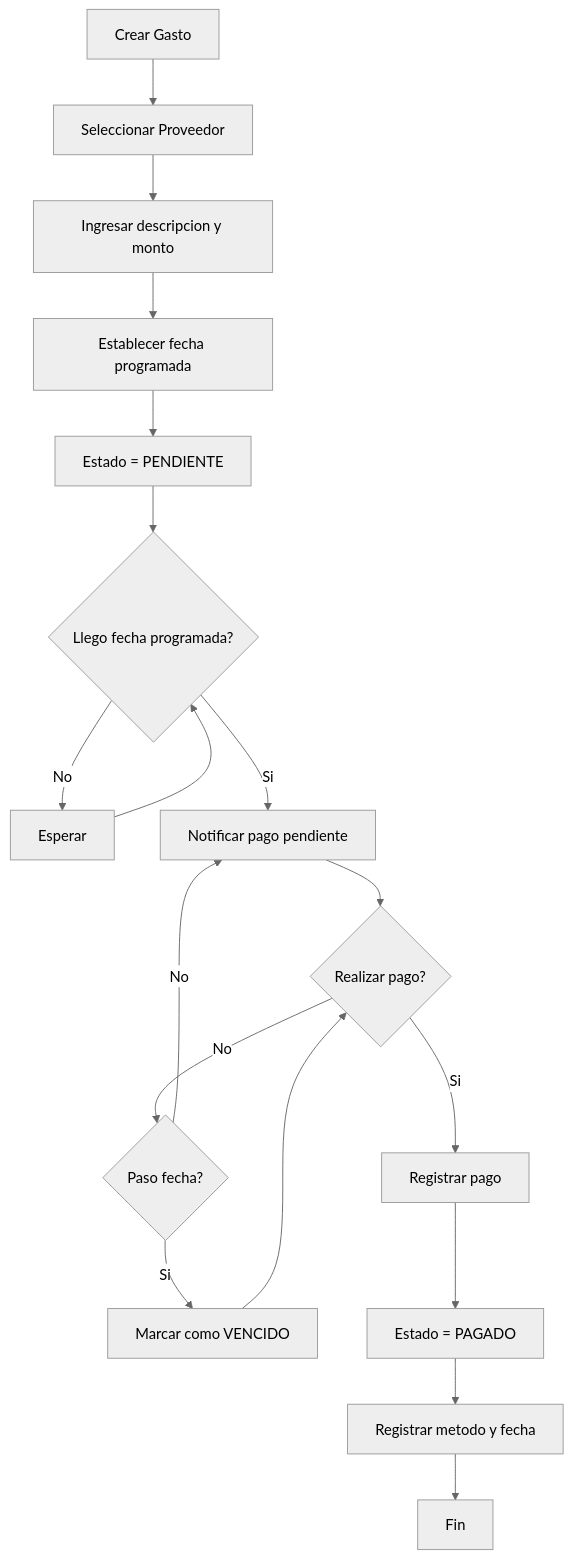
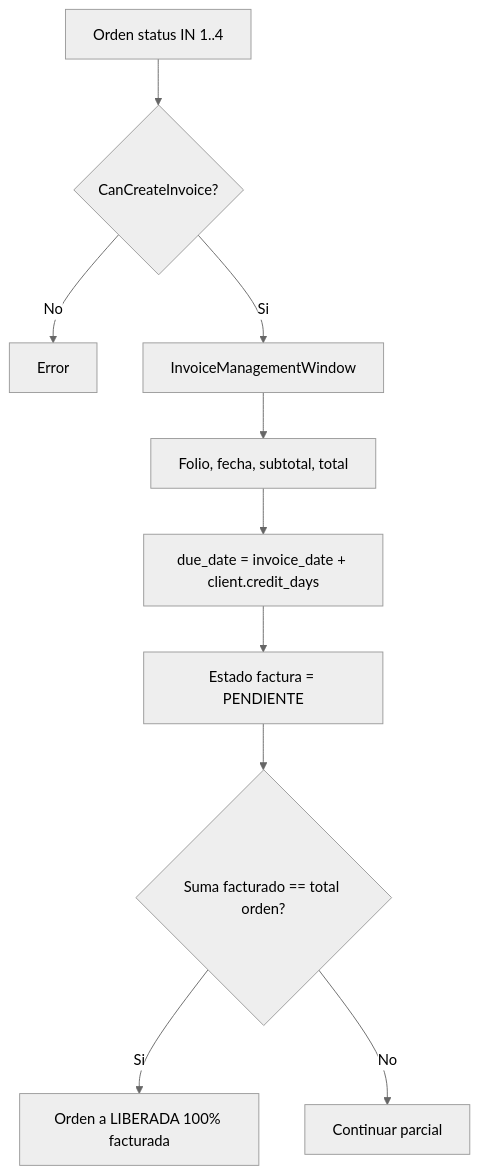
One commit to Anathema69/MX-VBA changed the third of 11 diagrams in docs/05_FLUJOS_TRABAJO.md. Above: the diagram before and after it, drawn with Mermaid (neutral theme). The commit also changed other lines of this file and 32 other files, not shown here.

````diff
--- a/docs/05_FLUJOS_TRABAJO.md
+++ b/docs/05_FLUJOS_TRABAJO.md
@@ -132,23 +50,12 @@
 ```mermaid
 flowchart TD
-    A[Crear Gasto] --> B[Seleccionar Proveedor]
-    B --> C[Ingresar descripcion y monto]
-    C --> D[Establecer fecha programada]
-    D --> E[Estado = PENDIENTE]
-
-    E --> F{Llego fecha programada?}
-    F -->|No| G[Esperar]
-    G --> F
-    F -->|Si| H[Notificar pago pendiente]
-
-    H --> I{Realizar pago?}
-    I -->|No| J{Paso fecha?}
-    J -->|Si| K[Marcar como VENCIDO]
-    K --> I
-    J -->|No| H
-
-    I -->|Si| L[Registrar pago]
-    L --> M[Estado = PAGADO]
-    M --> N[Registrar metodo y fecha]
-    N --> O[Fin]
+    A[Orden status IN 1..4] --> B{CanCreateInvoice?}
+    B -->|No| C[Error]
+    B -->|Si| D[InvoiceManagementWindow]
+    D --> E[Folio, fecha, subtotal, total]
+    E --> F[due_date = invoice_date + client.credit_days]
+    F --> G[Estado factura = PENDIENTE]
+    G --> H{Suma facturado == total orden?}
+    H -->|Si| I[Orden a LIBERADA 100% facturada]
+    H -->|No| J[Continuar parcial]
 ```
````
